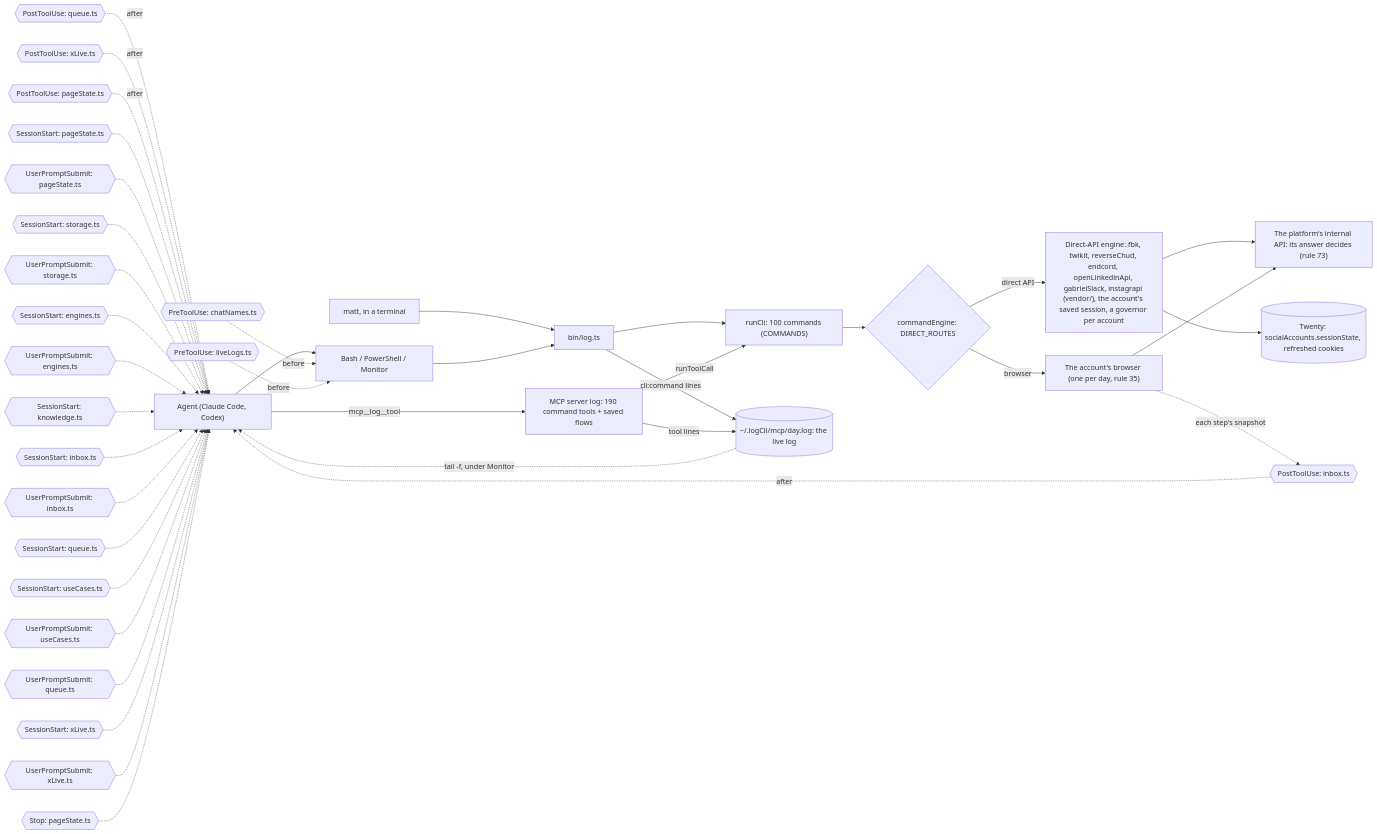
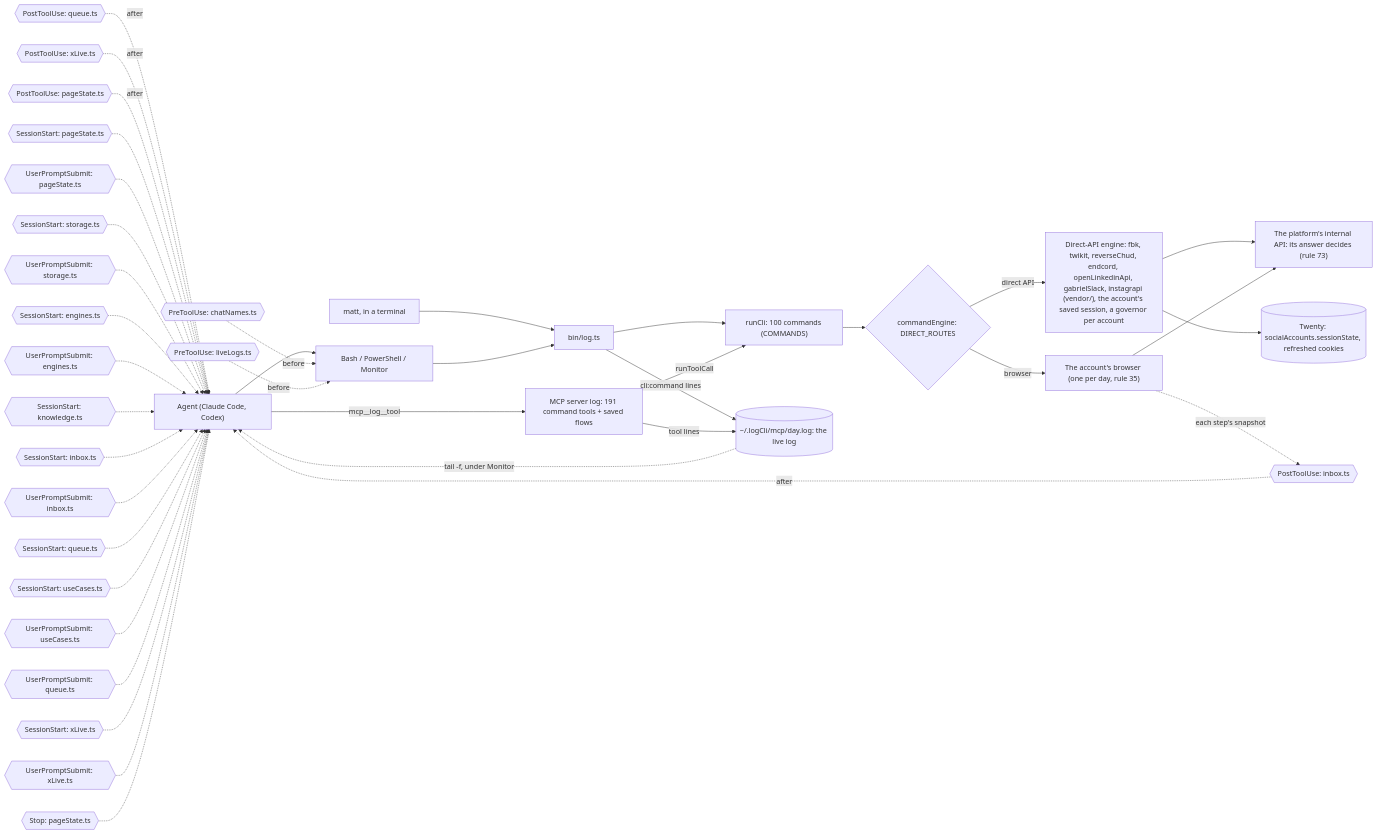
The diagram in docs/diagrams/surface.mmd (matthewdonsemail-lab/log), drawn with Mermaid before and after one commit. The commit also changed 27 other files, not shown here.

```diff
--- a/docs/diagrams/surface.mmd
+++ b/docs/diagrams/surface.mmd
@@ -1,53 +1,53 @@
 %% How a call reaches log-cli. From a shell or over MCP, both run the same commands through `runCli`, write the same live log, and pass through the same hooks. `commandEngine` sends each command to the platform's direct API or to the account's browser.
 %% Written by `bun run docs:build` from the code (rule 56). Not edited by hand.
 flowchart LR
   agent["Agent (Claude Code, Codex)"]
   matt["matt, in a terminal"]
   shell["Bash / PowerShell / Monitor"]
-  mcp["MCP server log: 190 command tools + saved flows"]
+  mcp["MCP server log: 191 command tools + saved flows"]
   bin["bin/log.ts"]
   runCli["runCli: 100 commands (COMMANDS)"]
   live[("~/.logCli/mcp/day.log: the live log")]
   engine{"commandEngine: DIRECT_ROUTES"}
   direct["Direct-API engine: fbk, twikit, reverseChud, endcord, openLinkedinApi, gabrielSlack, instagrapi (vendor/), the account's saved session, a governor per account"]
   browser["The account's browser (one per day, rule 35)"]
   api["The platform's internal API: its answer decides (rule 73)"]
   twenty[("Twenty: socialAccounts.sessionState, refreshed cookies")]
   agent --> shell
   matt --> bin
   shell --> bin
   agent -->|mcp__log__tool| mcp
   bin --> runCli
   mcp -->|runToolCall| runCli
   runCli --> engine
   engine -->|direct API| direct
   engine -->|browser| browser
   direct --> api
   browser --> api
   direct --> twenty
   bin -->|cli:command lines| live
   mcp -->|tool lines| live
   live -.->|tail -f, under Monitor| agent
   pre0{{"PreToolUse: chatNames.ts"}} -.->|before| shell
   pre1{{"PreToolUse: liveLogs.ts"}} -.->|before| shell
   post0{{"PostToolUse: inbox.ts"}} -.->|after| agent
   post1{{"PostToolUse: queue.ts"}} -.->|after| agent
   post2{{"PostToolUse: xLive.ts"}} -.->|after| agent
   post3{{"PostToolUse: pageState.ts"}} -.->|after| agent
   turn0{{"SessionStart: pageState.ts"}} -.-> agent
   turn1{{"UserPromptSubmit: pageState.ts"}} -.-> agent
   turn2{{"SessionStart: storage.ts"}} -.-> agent
   turn3{{"UserPromptSubmit: storage.ts"}} -.-> agent
   turn4{{"SessionStart: engines.ts"}} -.-> agent
   turn5{{"UserPromptSubmit: engines.ts"}} -.-> agent
   turn6{{"SessionStart: knowledge.ts"}} -.-> agent
   turn7{{"SessionStart: inbox.ts"}} -.-> agent
   turn8{{"UserPromptSubmit: inbox.ts"}} -.-> agent
   turn9{{"SessionStart: queue.ts"}} -.-> agent
   turn10{{"SessionStart: useCases.ts"}} -.-> agent
   turn11{{"UserPromptSubmit: useCases.ts"}} -.-> agent
   turn12{{"UserPromptSubmit: queue.ts"}} -.-> agent
   turn13{{"SessionStart: xLive.ts"}} -.-> agent
   turn14{{"UserPromptSubmit: xLive.ts"}} -.-> agent
   turn15{{"Stop: pageState.ts"}} -.-> agent
   browser -.->|each step's snapshot| post0
```
